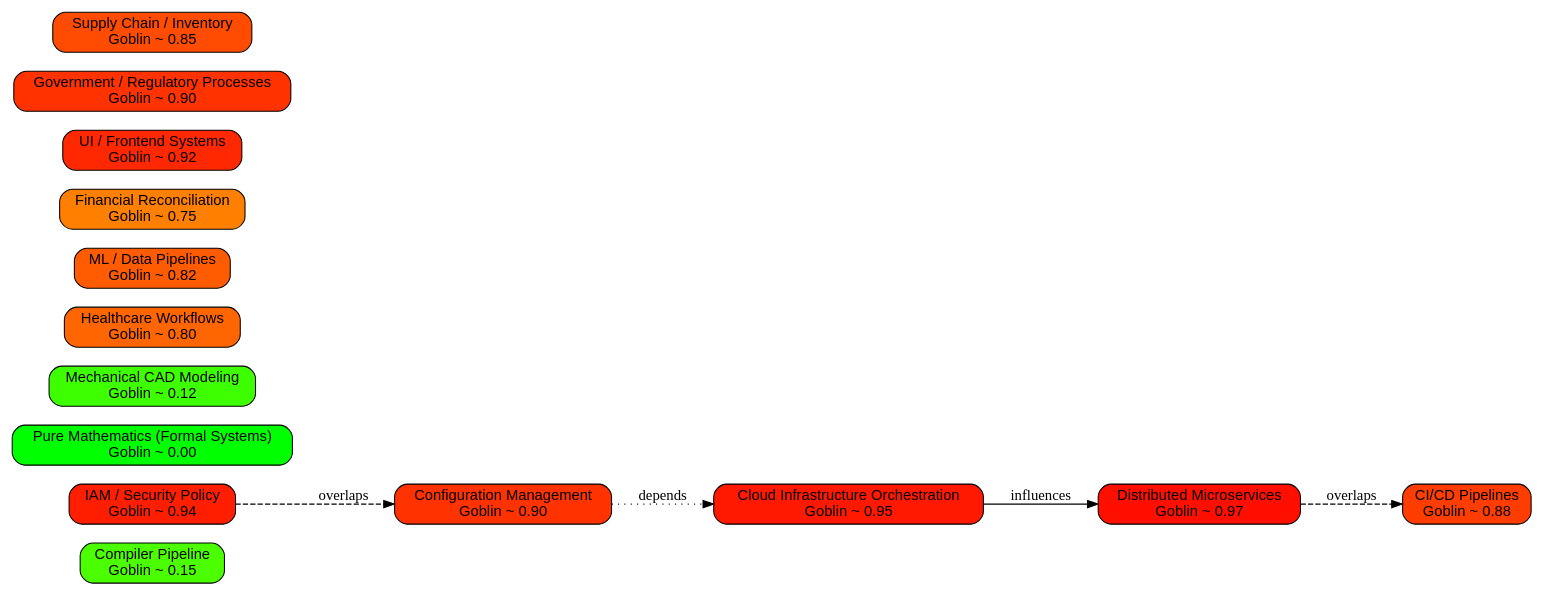
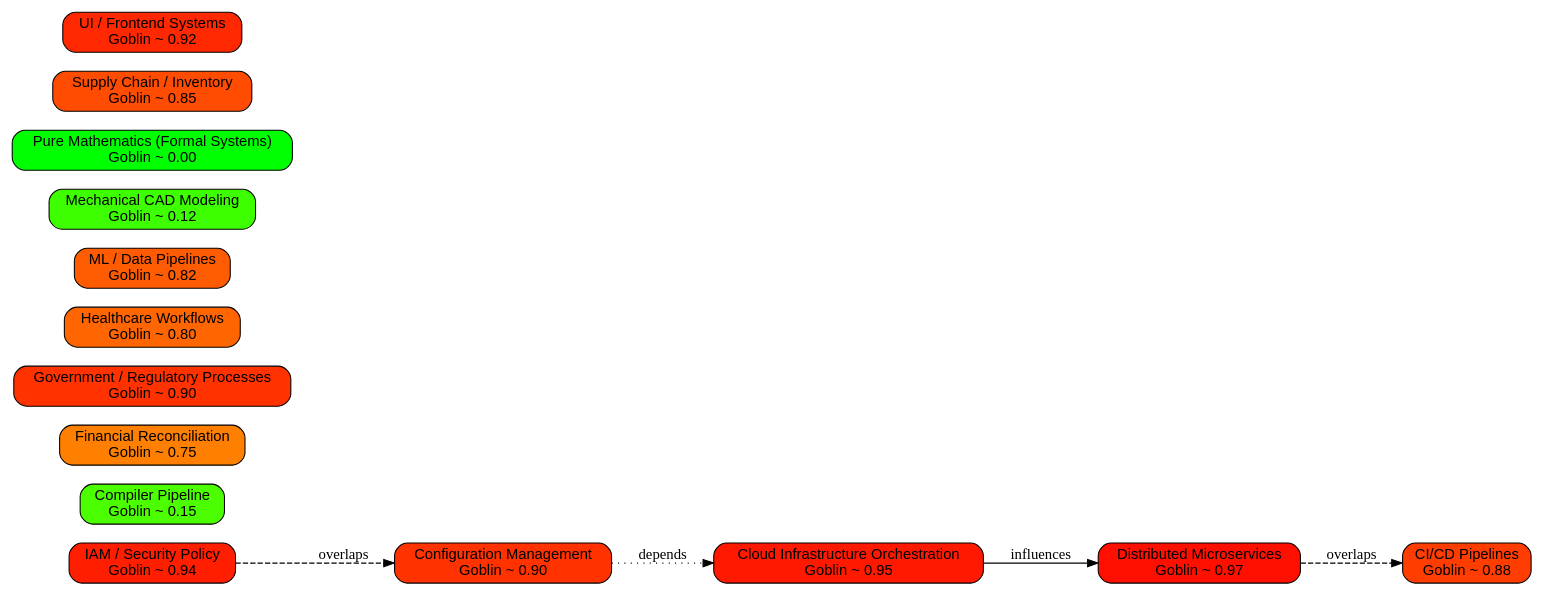
One commit to nkllon/goblin changed the diagram in docs/ttl-graph.dot. Above: the diagram before and after it, drawn with Graphviz. The commit also changed other lines of this file and 5 other files, not shown here.

```diff
--- a/docs/ttl-graph.dot
+++ b/docs/ttl-graph.dot
@@ -1,22 +1,22 @@
 digraph GoblinTTL {
   rankdir=LR;
   node [shape=box, style=rounded, fontname="Helvetica"];
+  "https://nkllon.com/problem#CICD" [label="CI/CD Pipelines\nGoblin ~ 0.88", style="filled,rounded", fillcolor="#ff3d00"];
+  "https://nkllon.com/problem#CloudOrchestration" [label="Cloud Infrastructure Orchestration\nGoblin ~ 0.95", style="filled,rounded", fillcolor="#ff1900"];
   "https://nkllon.com/problem#CompilerPipeline" [label="Compiler Pipeline\nGoblin ~ 0.15", style="filled,rounded", fillcolor="#4cff00"];
   "https://nkllon.com/problem#ConfigManagement" [label="Configuration Management\nGoblin ~ 0.90", style="filled,rounded", fillcolor="#ff3200"];
+  "https://nkllon.com/problem#Microservices" [label="Distributed Microservices\nGoblin ~ 0.97", style="filled,rounded", fillcolor="#ff0f00"];
+  "https://nkllon.com/problem#FinanceReconciliation" [label="Financial Reconciliation\nGoblin ~ 0.75", style="filled,rounded", fillcolor="#ff7f00"];
+  "https://nkllon.com/problem#GovernmentProcesses" [label="Government / Regulatory Processes\nGoblin ~ 0.90", style="filled,rounded", fillcolor="#ff3200"];
+  "https://nkllon.com/problem#HealthcareWorkflow" [label="Healthcare Workflows\nGoblin ~ 0.80", style="filled,rounded", fillcolor="#ff6500"];
+  "https://nkllon.com/problem#IAMSecurity" [label="IAM / Security Policy\nGoblin ~ 0.94", style="filled,rounded", fillcolor="#ff1e00"];
+  "https://nkllon.com/problem#MLPipelines" [label="ML / Data Pipelines\nGoblin ~ 0.82", style="filled,rounded", fillcolor="#ff5b00"];
+  "https://nkllon.com/problem#MechanicalCAD" [label="Mechanical CAD Modeling\nGoblin ~ 0.12", style="filled,rounded", fillcolor="#3dff00"];
   "https://nkllon.com/problem#PureMathematics" [label="Pure Mathematics (Formal Systems)\nGoblin ~ 0.00", style="filled,rounded", fillcolor="#00ff00"];
-  "https://nkllon.com/problem#MechanicalCAD" [label="Mechanical CAD Modeling\nGoblin ~ 0.12", style="filled,rounded", fillcolor="#3dff00"];
-  "https://nkllon.com/problem#Microservices" [label="Distributed Microservices\nGoblin ~ 0.97", style="filled,rounded", fillcolor="#ff0f00"];
-  "https://nkllon.com/problem#CloudOrchestration" [label="Cloud Infrastructure Orchestration\nGoblin ~ 0.95", style="filled,rounded", fillcolor="#ff1900"];
-  "https://nkllon.com/problem#HealthcareWorkflow" [label="Healthcare Workflows\nGoblin ~ 0.80", style="filled,rounded", fillcolor="#ff6500"];
-  "https://nkllon.com/problem#MLPipelines" [label="ML / Data Pipelines\nGoblin ~ 0.82", style="filled,rounded", fillcolor="#ff5b00"];
-  "https://nkllon.com/problem#CICD" [label="CI/CD Pipelines\nGoblin ~ 0.88", style="filled,rounded", fillcolor="#ff3d00"];
-  "https://nkllon.com/problem#FinanceReconciliation" [label="Financial Reconciliation\nGoblin ~ 0.75", style="filled,rounded", fillcolor="#ff7f00"];
+  "https://nkllon.com/problem#SupplyChain" [label="Supply Chain / Inventory\nGoblin ~ 0.85", style="filled,rounded", fillcolor="#ff4c00"];
   "https://nkllon.com/problem#UIFrontend" [label="UI / Frontend Systems\nGoblin ~ 0.92", style="filled,rounded", fillcolor="#ff2800"];
-  "https://nkllon.com/problem#GovernmentProcesses" [label="Government / Regulatory Processes\nGoblin ~ 0.90", style="filled,rounded", fillcolor="#ff3200"];
-  "https://nkllon.com/problem#SupplyChain" [label="Supply Chain / Inventory\nGoblin ~ 0.85", style="filled,rounded", fillcolor="#ff4c00"];
-  "https://nkllon.com/problem#IAMSecurity" [label="IAM / Security Policy\nGoblin ~ 0.94", style="filled,rounded", fillcolor="#ff1e00"];
+  "https://nkllon.com/problem#CloudOrchestration" -> "https://nkllon.com/problem#Microservices" [label="influences", style="solid"];
   "https://nkllon.com/problem#ConfigManagement" -> "https://nkllon.com/problem#CloudOrchestration" [label="depends", style="dotted"];
+  "https://nkllon.com/problem#IAMSecurity" -> "https://nkllon.com/problem#ConfigManagement" [label="overlaps", style="dashed"];
   "https://nkllon.com/problem#Microservices" -> "https://nkllon.com/problem#CICD" [label="overlaps", style="dashed"];
-  "https://nkllon.com/problem#CloudOrchestration" -> "https://nkllon.com/problem#Microservices" [label="influences", style="solid"];
-  "https://nkllon.com/problem#IAMSecurity" -> "https://nkllon.com/problem#ConfigManagement" [label="overlaps", style="dashed"];
 }
```
